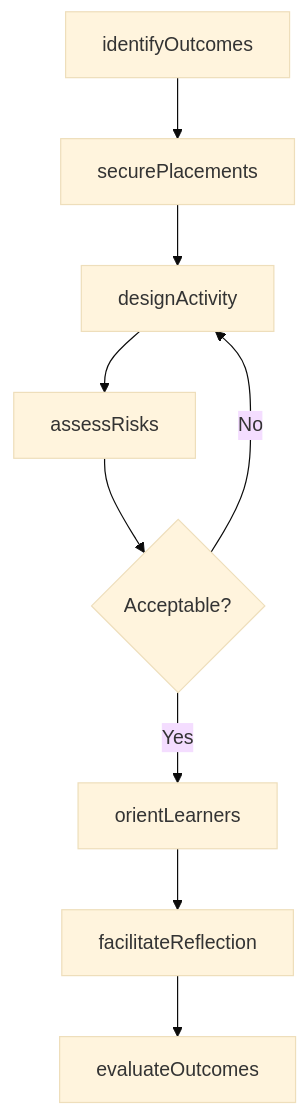
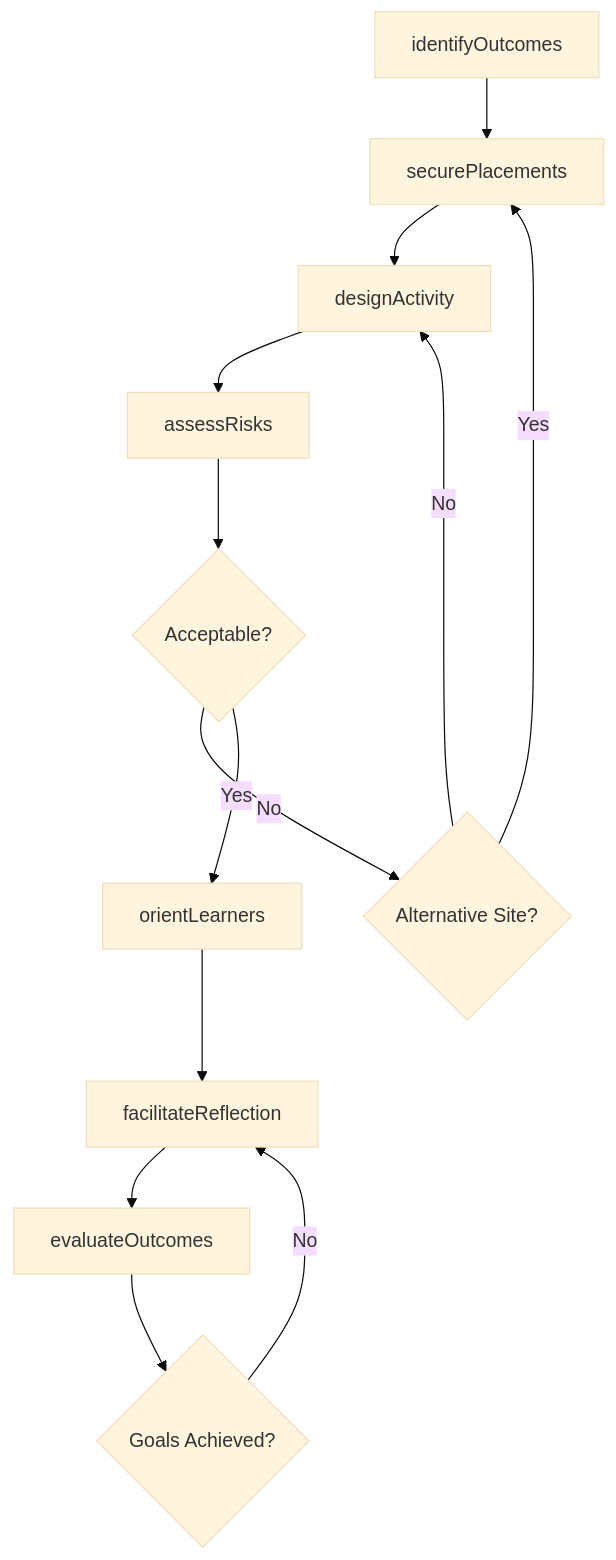
Before and after one commit to dot-org-ai/tasks.org.ai: the third of 4 diagrams in ThinkingCreatively/DevelopEducationalProgramsPlansOrProcedures/PlanExperientialLearningActivities.mdx, drawn with Mermaid (base theme). The commit also changed other lines of this file and 504 other files, not shown here.

First line of the commit message:
feat: Add ER diagrams, state diagrams, and workflow improvements to 96 DWA task files

````diff
--- a/ThinkingCreatively/DevelopEducationalProgramsPlansOrProcedures/PlanExperientialLearningActivities.mdx
+++ b/ThinkingCreatively/DevelopEducationalProgramsPlansOrProcedures/PlanExperientialLearningActivities.mdx
@@ -87,11 +117,15 @@
 ```mermaid
 graph TD
     A[identifyOutcomes] --> B[securePlacements]
     B --> C[designActivity]
     C --> D[assessRisks]
     D --> E{Acceptable?}
-    E -->|No| C
-    E -->|Yes| F[orientLearners]
-    F --> G[facilitateReflection]
-    G --> H[evaluateOutcomes]
+    E -->|No| F{Alternative Site?}
+    F -->|Yes| B
+    F -->|No| C
+    E -->|Yes| G[orientLearners]
+    G --> H[facilitateReflection]
+    H --> I[evaluateOutcomes]
+    I --> J{Goals Achieved?}
+    J -->|No| H
 ```
````
